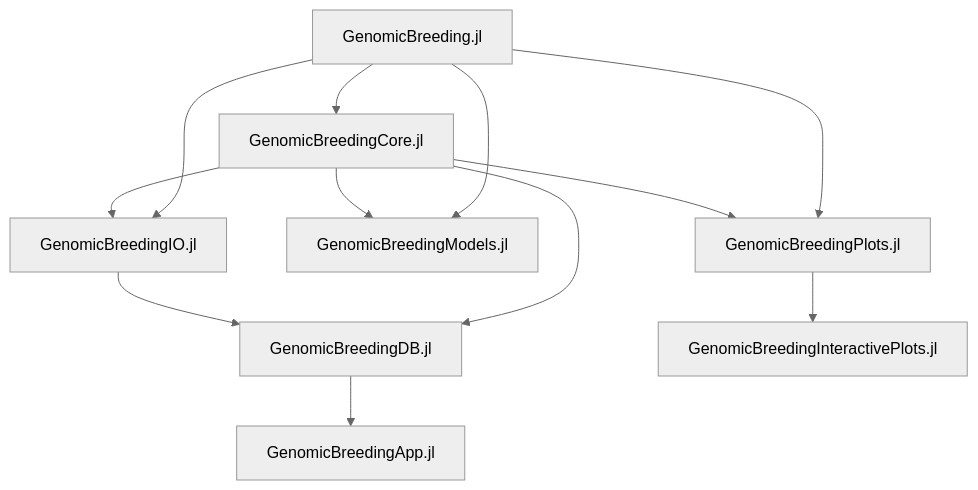
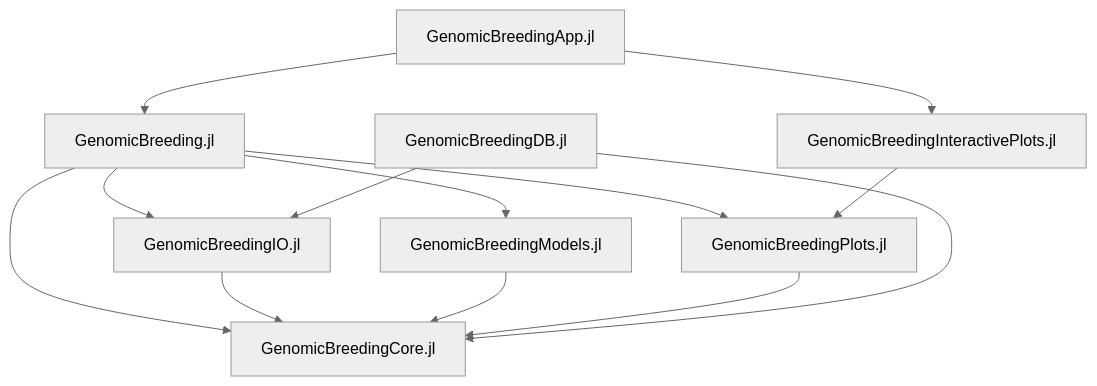
The diagram in profile/README.md (GenomicBreeding/.github), drawn with Mermaid (neutral theme) before and after one commit.

Commit message:
Update dependency relationships in README.md
Revised dependencies and relationships in the README.

````diff
--- a/profile/README.md
+++ b/profile/README.md
@@ -20,14 +20,15 @@
 ```mermaid
 flowchart TB
     Workflow[GenomicBreeding.jl] --> Core[GenomicBreedingCore.jl]
     Workflow --> IO[GenomicBreedingIO.jl]
     Workflow --> Models[GenomicBreedingModels.jl]
     Workflow --> Plots[GenomicBreedingPlots.jl]
-    Core --> IO
-    Core --> Models
-    Core --> Plots
-    Core --> DB[GenomicBreedingDB.jl]
-    IO --> DB
-    Plots --> IPlots[GenomicBreedingInteractivePlots.jl]
-    DB --> App[GenomicBreedingApp.jl]
+    IO --> Core
+    Models --> Core
+    Plots --> Core
+    DB[GenomicBreedingDB.jl] --> Core
+    DB --> IO
+    IPlots[GenomicBreedingInteractivePlots.jl] --> Plots
+    App[GenomicBreedingApp.jl] --> Workflow
+    App --> IPlots
 ```
````
